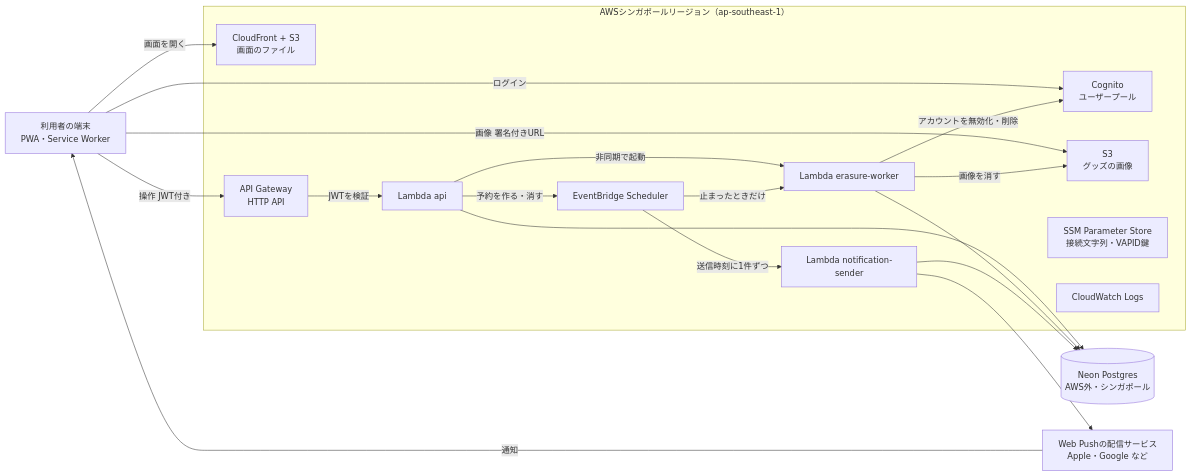
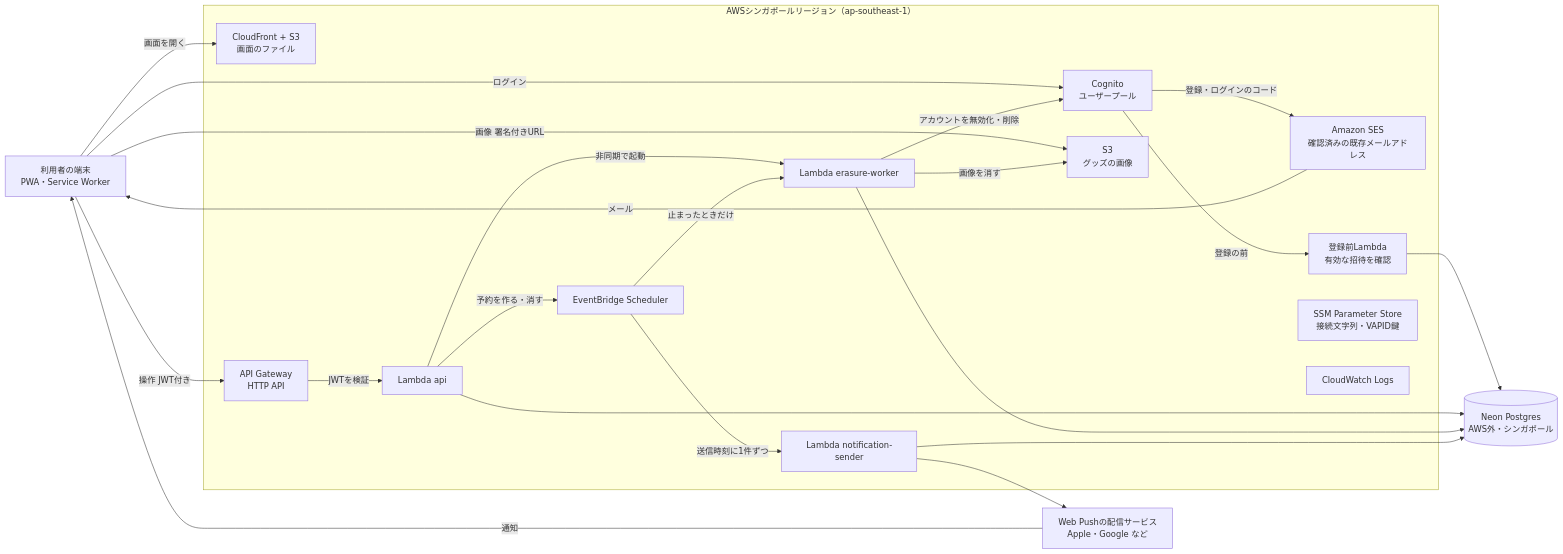
One commit to oze-xxbumpxx/yoin changed the diagram in docs/architecture.md. Above: the diagram before and after it, drawn with Mermaid. The commit also changed other lines of this file and 10 other files, not shown here.

````diff
--- a/docs/architecture.md
+++ b/docs/architecture.md
@@ -13,35 +13,41 @@
 ```mermaid
 flowchart LR
   device[利用者の端末<br>PWA・Service Worker]
   subgraph aws[AWSシンガポールリージョン（ap-southeast-1）]
     cf[CloudFront + S3<br>画面のファイル]
     cognito[Cognito<br>ユーザープール]
+    ses[Amazon SES<br>確認済みの既存メールアドレス]
+    signup[登録前Lambda<br>有効な招待を確認]
     apigw[API Gateway<br>HTTP API]
     api[Lambda api]
     worker[Lambda erasure-worker]
     sender[Lambda notification-sender]
     sched[EventBridge Scheduler]
     img[S3<br>グッズの画像]
     ssm[SSM Parameter Store<br>接続文字列・VAPID鍵]
     logs[CloudWatch Logs]
   end
   neon[(Neon Postgres<br>AWS外・シンガポール)]
   push[Web Pushの配信サービス<br>Apple・Google など]
 
   device -->|画面を開く| cf
   device -->|ログイン| cognito
+  cognito -->|登録・ログインのコード| ses
+  ses -->|メール| device
+  cognito -->|登録の前| signup
+  signup --> neon
   device -->|操作 JWT付き| apigw
   device -->|画像 署名付きURL| img
   apigw -->|JWTを検証| api
   api -->|非同期で起動| worker
   api -->|予約を作る・消す| sched
   sched -->|止まったときだけ| worker
   sched -->|送信時刻に1件ずつ| sender
   api --> neon
   worker --> neon
   sender --> neon
   worker -->|画像を消す| img
   worker -->|アカウントを無効化・削除| cognito
   sender --> push
   push -->|通知| device
 ```
````
